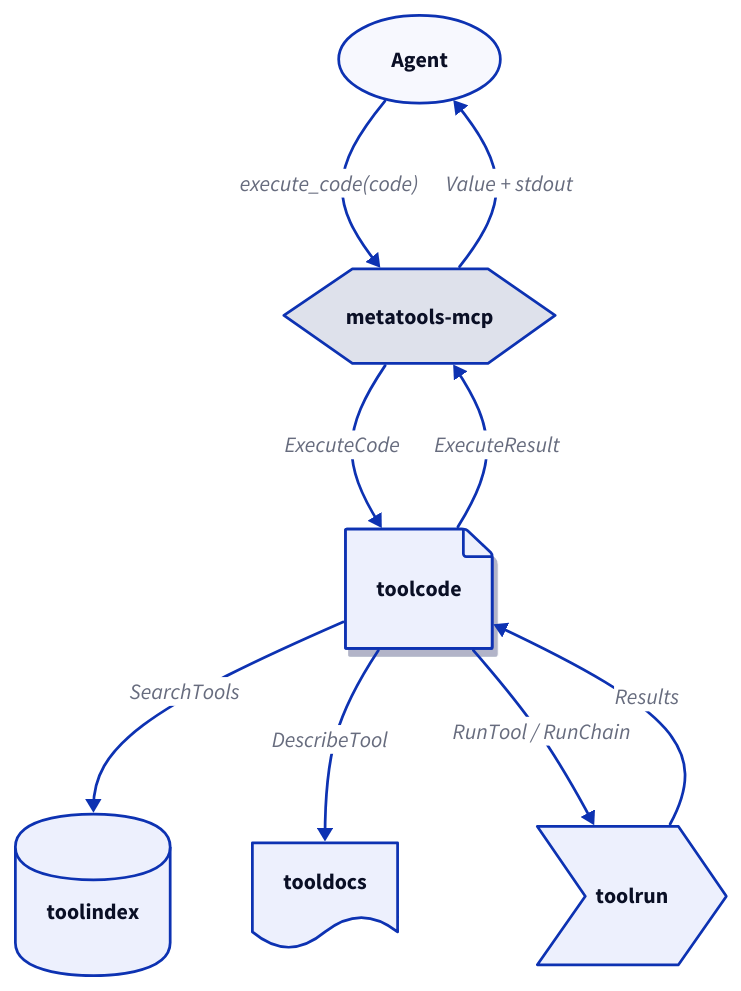
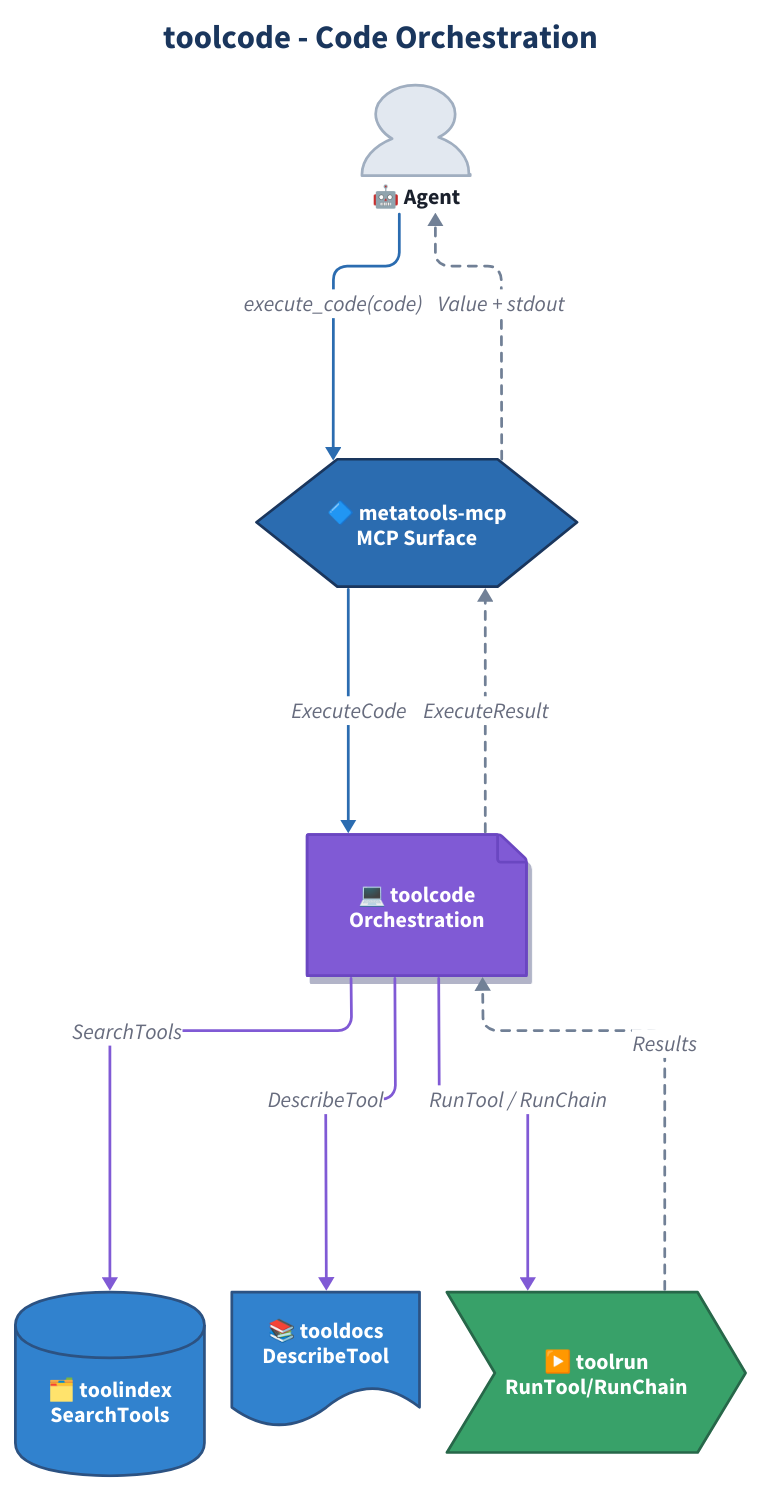
Before and after one commit to jonwraymond/toolcode: the diagram in docs/diagrams/user-journey.d2, drawn with D2. The commit also changed 3 other files, not shown here.

Commit message:
docs(toolcode): refresh diagrams

```diff
--- a/docs/diagrams/user-journey.d2
+++ b/docs/diagrams/user-journey.d2
@@ -1,27 +1,156 @@
+# toolcode User Journey
+# Code orchestration with metatool environment
+
 direction: down
 
-style: { font-size: 14 }
-
-agent: "Agent" { shape: oval }
-
-metatools: "metatools-mcp" { shape: hexagon }
-
-code: "toolcode" {
-  shape: page
-  style: { shadow: true }
+vars: {
+  d2-config: {
+    layout-engine: elk
+    theme-id: 0
+  }
+  composition-fill: "#805ad5"
+  discovery-fill: "#3182ce"
+  surface-fill: "#2b6cb0"
+  execution-fill: "#38a169"
+  actor-fill: "#e2e8f0"
 }
 
-index: "toolindex" { shape: cylinder }
+classes: {
+  actor: {
+    style: {
+      fill: ${actor-fill}
+      stroke: "#a0aec0"
+      stroke-width: 2
+      font-color: "#1a202c"
+      bold: true
+    }
+  }
+  composition: {
+    style: {
+      fill: ${composition-fill}
+      stroke: "#6b46c1"
+      stroke-width: 2
+      font-color: "#fff"
+      shadow: true
+    }
+  }
+  discovery: {
+    style: {
+      fill: ${discovery-fill}
+      stroke: "#2c5282"
+      stroke-width: 2
+      font-color: "#fff"
+    }
+  }
+  surface: {
+    style: {
+      fill: ${surface-fill}
+      stroke: "#1a365d"
+      stroke-width: 2
+      font-color: "#fff"
+    }
+  }
+  execution: {
+    style: {
+      fill: ${execution-fill}
+      stroke: "#276749"
+      stroke-width: 2
+      font-color: "#fff"
+    }
+  }
+  request-flow: {
+    style: {
+      stroke: ${surface-fill}
+      stroke-width: 2
+    }
+  }
+  code-flow: {
+    style: {
+      stroke: ${composition-fill}
+      stroke-width: 2
+    }
+  }
+  result-flow: {
+    style: {
+      stroke: "#718096"
+      stroke-width: 2
+      stroke-dash: 3
+    }
+  }
+}
 
-docs: "tooldocs" { shape: document }
+# Title
+title: "toolcode - Code Orchestration" {
+  shape: text
+  near: top-center
+  style: {
+    font-size: 24
+    bold: true
+    font-color: "#1a365d"
+  }
+}
 
-runner: "toolrun" { shape: step }
+# Actors
+agent: "🤖 Agent" {
+  shape: person
+  class: actor
+}
 
-agent -> metatools: "execute_code(code)"
-metatools -> code: "ExecuteCode"
-code -> index: "SearchTools"
-code -> docs: "DescribeTool"
-code -> runner: "RunTool / RunChain"
-runner -> code: "Results"
-code -> metatools: "ExecuteResult"
-metatools -> agent: "Value + stdout"
+# Components
+metatools: "🔷 metatools-mcp\nMCP Surface" {
+  shape: hexagon
+  class: surface
+}
+
+code: "💻 toolcode\nOrchestration" {
+  shape: page
+  class: composition
+}
+
+index: "🗂️ toolindex\nSearchTools" {
+  shape: cylinder
+  class: discovery
+}
+
+docs: "📚 tooldocs\nDescribeTool" {
+  shape: document
+  class: discovery
+}
+
+runner: "▶️ toolrun\nRunTool/RunChain" {
+  shape: step
+  class: execution
+}
+
+# Flow
+agent -> metatools: "execute_code(code)" {
+  class: request-flow
+}
+
+metatools -> code: "ExecuteCode" {
+  class: request-flow
+}
+
+code -> index: "SearchTools" {
+  class: code-flow
+}
+
+code -> docs: "DescribeTool" {
+  class: code-flow
+}
+
+code -> runner: "RunTool / RunChain" {
+  class: code-flow
+}
+
+runner -> code: "Results" {
+  class: result-flow
+}
+
+code -> metatools: "ExecuteResult" {
+  class: result-flow
+}
+
+metatools -> agent: "Value + stdout" {
+  class: result-flow
+}
```
